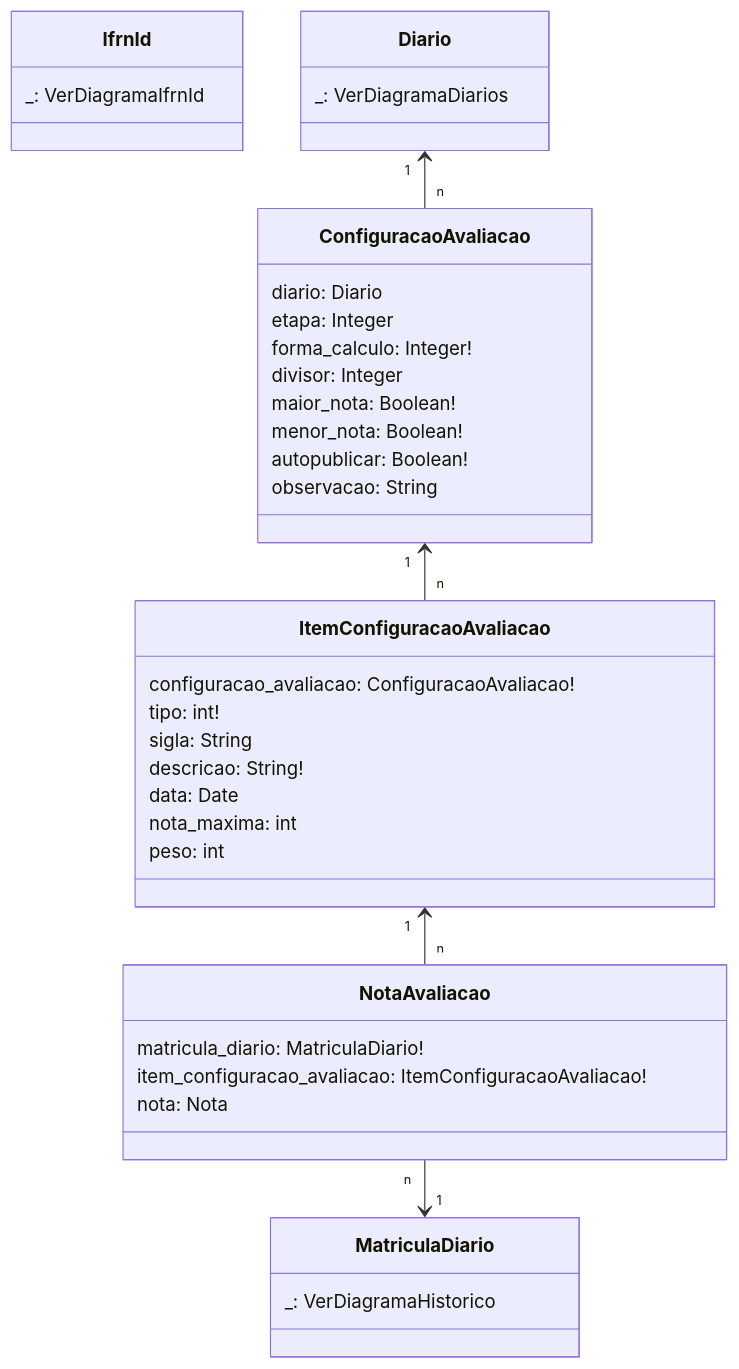
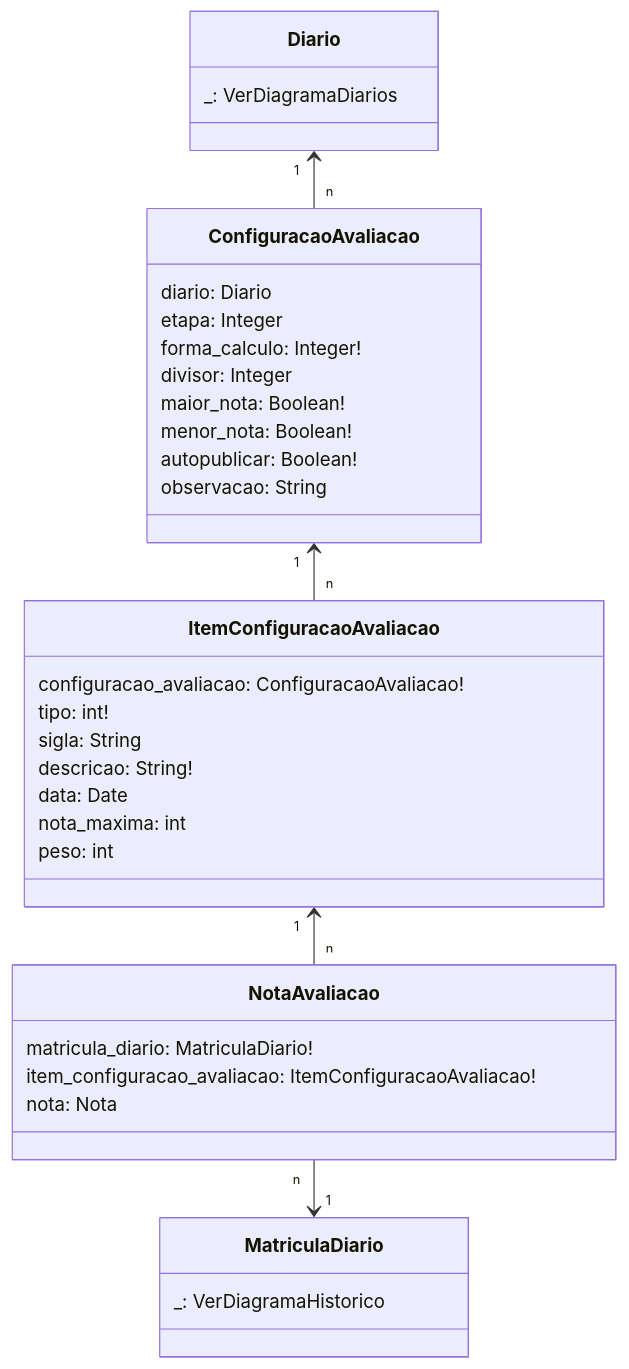
The diagram in suap/edu/diarios-notas.md (cte-zl-ifrn/cte-zl-ifrn.github.io), drawn with Mermaid before and after one commit.

Commit message:
diagrama de notas

````diff
--- a/suap/edu/diarios-notas.md
+++ b/suap/edu/diarios-notas.md
@@ -5,40 +5,37 @@
 ```mermaid
 classDiagram
-    class IfrnId {
-        _: VerDiagramaIfrnId
-    }
     class Diario{
         _: VerDiagramaDiarios
     }
     class ConfiguracaoAvaliacao{
         diario: Diario
         etapa: Integer
         forma_calculo: Integer!
         divisor: Integer
         maior_nota: Boolean!
         menor_nota: Boolean!
         autopublicar: Boolean!
         observacao: String
     }
     class ItemConfiguracaoAvaliacao{
         configuracao_avaliacao: ConfiguracaoAvaliacao!
         tipo: int!
         sigla: String
         descricao: String!
         data: Date
         nota_maxima: int
         peso: int
     }
     class MatriculaDiario {
         _: VerDiagramaHistorico
     }
     class NotaAvaliacao{
         matricula_diario: MatriculaDiario!
         item_configuracao_avaliacao: ItemConfiguracaoAvaliacao!
         nota: Nota
     }
     Diario "1" <-- "n" ConfiguracaoAvaliacao
     ConfiguracaoAvaliacao "1" <-- "n" ItemConfiguracaoAvaliacao
     ItemConfiguracaoAvaliacao "1" <-- "n" NotaAvaliacao
     NotaAvaliacao "n" --> "1" MatriculaDiario
 ```
````
